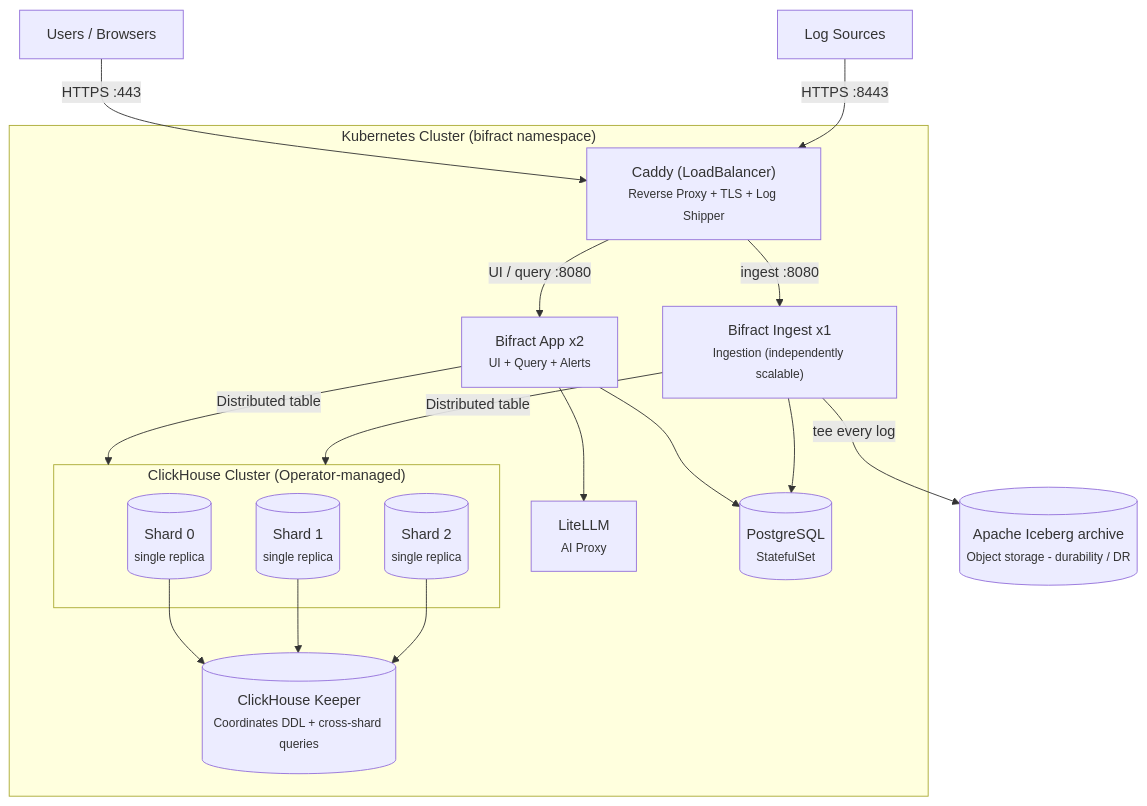
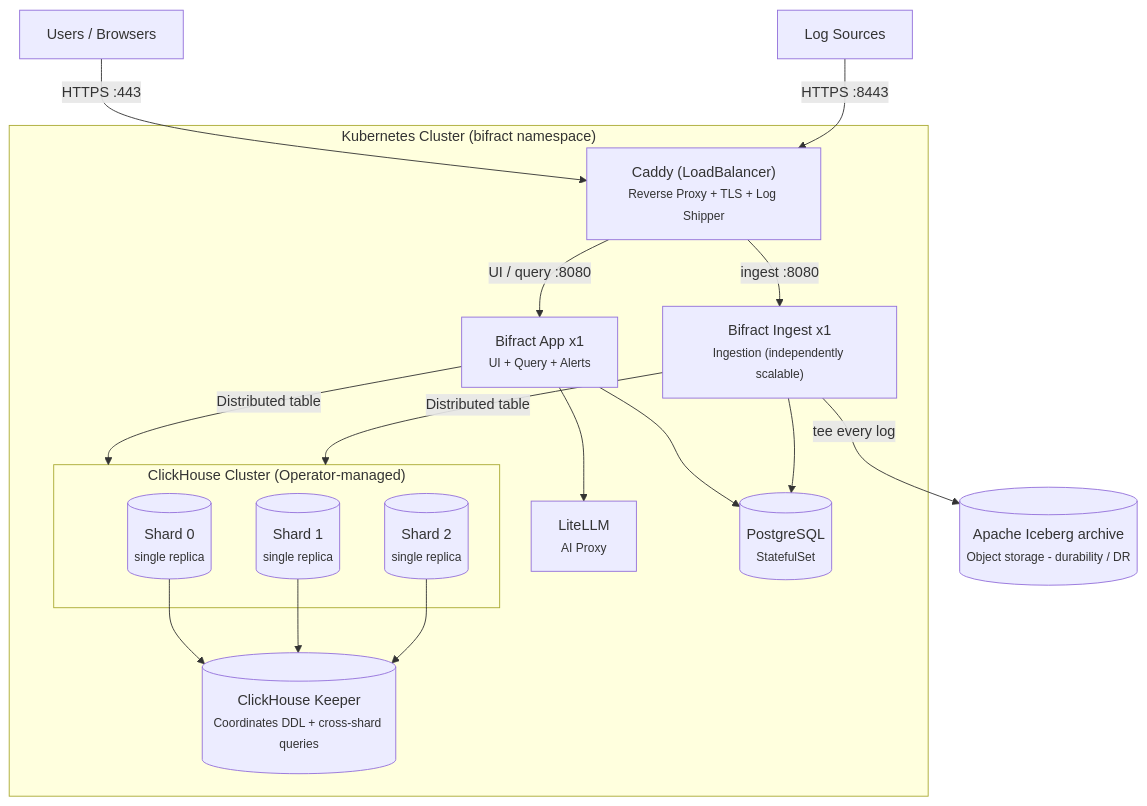
Before and after one commit to zaneGittins/bifract: the diagram in docs/getting-started/kubernetes.md, drawn with Mermaid. The commit also changed other lines of this file and 56 other files, not shown here.

````diff
--- a/docs/getting-started/kubernetes.md
+++ b/docs/getting-started/kubernetes.md
@@ -16,35 +16,35 @@
 ```mermaid
 graph TB
     users["Users / Browsers"]
     sources["Log Sources"]
 
     subgraph k8s ["Kubernetes Cluster (bifract namespace)"]
         caddy["Caddy (LoadBalancer)<br/><small>Reverse Proxy + TLS + Log Shipper</small>"]
-        app["Bifract App x2<br/><small>UI + Query + Alerts</small>"]
+        app["Bifract App x1<br/><small>UI + Query + Alerts</small>"]
         ingest["Bifract Ingest x1<br/><small>Ingestion (independently scalable)</small>"]
         litellm["LiteLLM<br/><small>AI Proxy</small>"]
         pg[("PostgreSQL<br/><small>StatefulSet</small>")]
 
         subgraph ch ["ClickHouse Cluster (Operator-managed)"]
             shard0[("Shard 0<br/><small>single replica</small>")]
             shard1[("Shard 1<br/><small>single replica</small>")]
             shard2[("Shard 2<br/><small>single replica</small>")]
         end
 
         keeper[("ClickHouse Keeper<br/><small>Coordinates DDL + cross-shard queries</small>")]
     end
 
     iceberg[("Apache Iceberg archive<br/><small>Object storage - durability / DR</small>")]
 
     users -->|"HTTPS :443"| caddy
     sources -->|"HTTPS :8443"| caddy
     caddy -->|"UI / query :8080"| app
     caddy -->|"ingest :8080"| ingest
     app --> pg
     ingest --> pg
     app -->|"Distributed table"| ch
     ingest -->|"Distributed table"| ch
     ingest -->|"tee every log"| iceberg
     app --> litellm
     shard0 & shard1 & shard2 --> keeper
 ```
````
